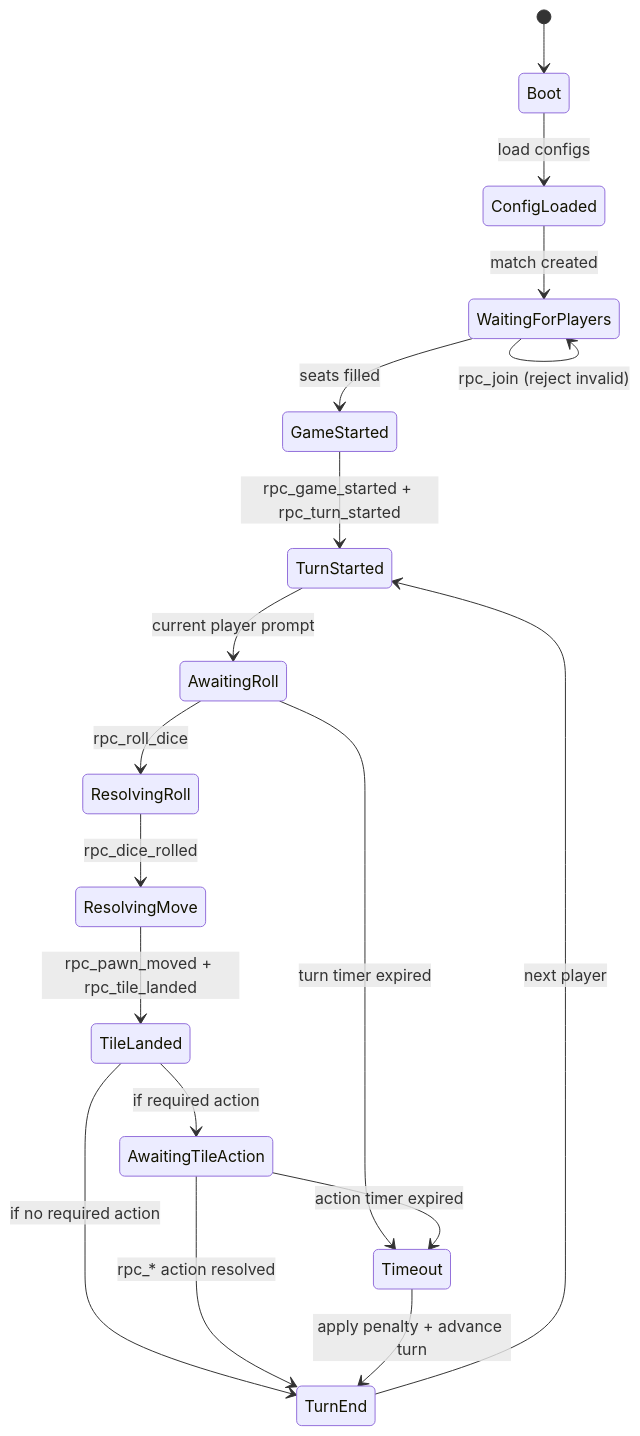
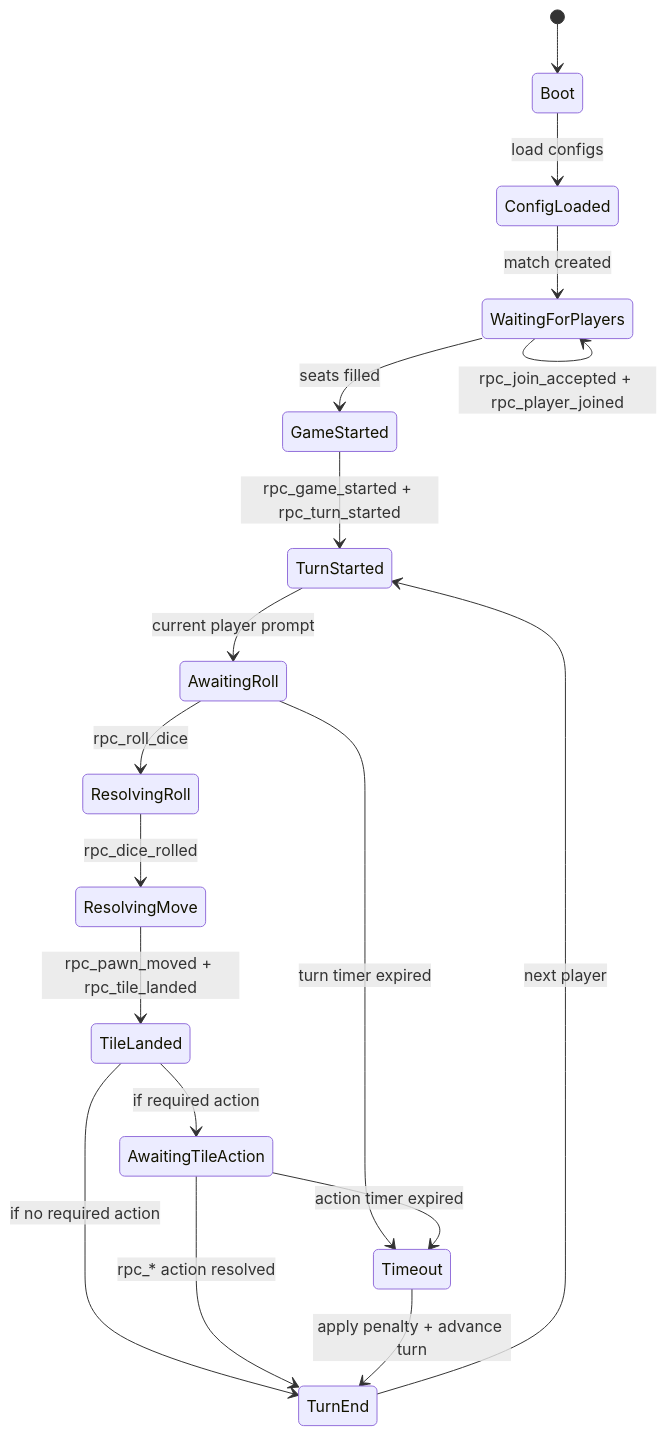
Before and after one commit to Falafel-Open-Games/evanopolis-ui-slice: the diagram in docs/state-machine.md, drawn with Mermaid. The commit also changed 14 other files, not shown here.

First line of the commit message:
feat: expand headless join flow and tests

````diff
--- a/docs/state-machine.md
+++ b/docs/state-machine.md
@@ -5,22 +5,23 @@
 ```mermaid
 stateDiagram-v2
     [*] --> Boot
     Boot --> ConfigLoaded: load configs
     ConfigLoaded --> WaitingForPlayers: match created
     WaitingForPlayers --> WaitingForPlayers: rpc_join (reject invalid)
+    WaitingForPlayers --> WaitingForPlayers: rpc_join_accepted + rpc_player_joined
     WaitingForPlayers --> GameStarted: seats filled
     GameStarted --> TurnStarted: rpc_game_started + rpc_turn_started
 
     TurnStarted --> AwaitingRoll: current player prompt
     AwaitingRoll --> ResolvingRoll: rpc_roll_dice
     ResolvingRoll --> ResolvingMove: rpc_dice_rolled
     ResolvingMove --> TileLanded: rpc_pawn_moved + rpc_tile_landed
     TileLanded --> AwaitingTileAction: if required action
     TileLanded --> TurnEnd: if no required action
     AwaitingTileAction --> TurnEnd: rpc_* action resolved
     TurnEnd --> TurnStarted: next player
 
     AwaitingRoll --> Timeout: turn timer expired
     AwaitingTileAction --> Timeout: action timer expired
     Timeout --> TurnEnd: apply penalty + advance turn
 ```
````
